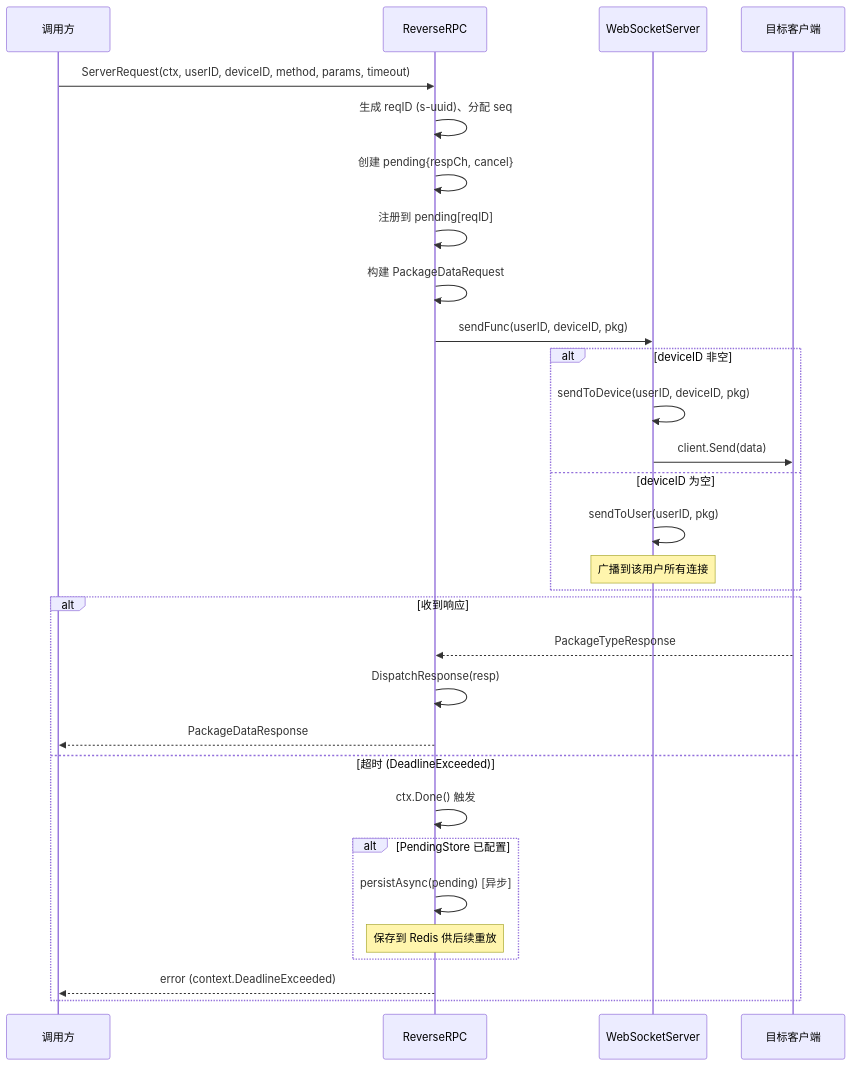
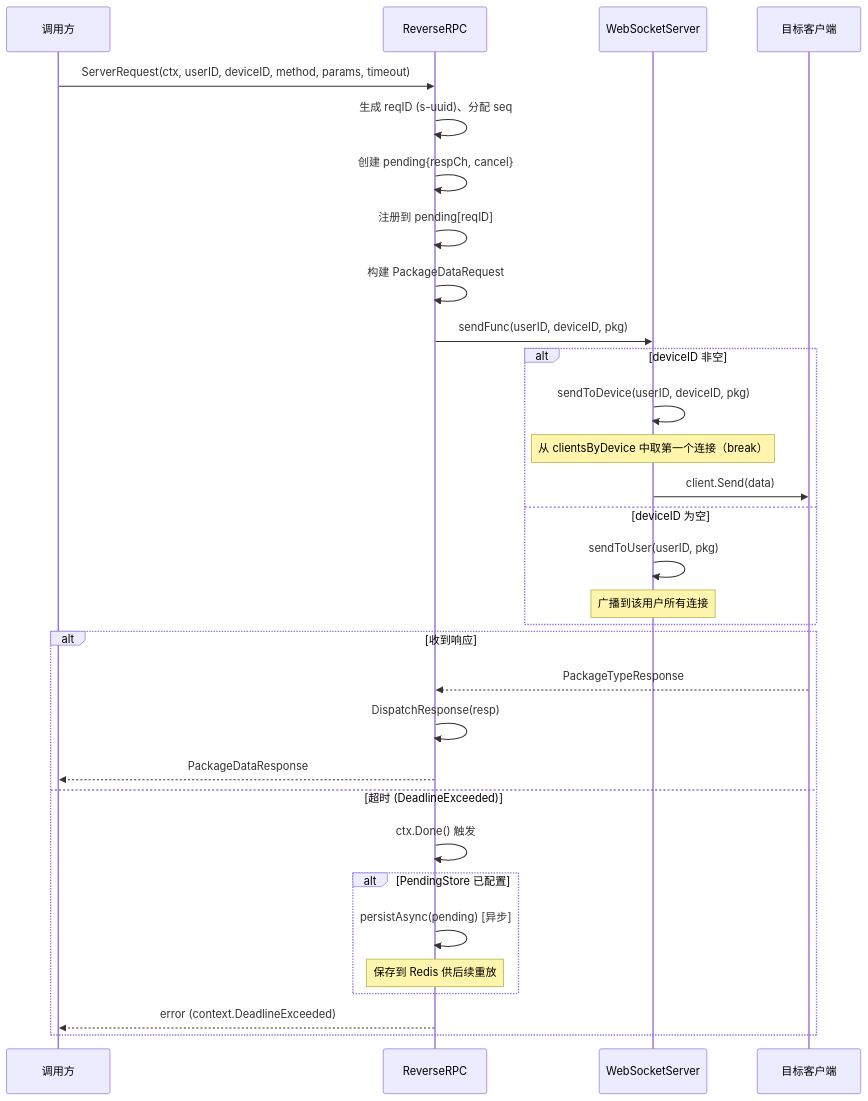
The sixth of 14 diagrams in wiki/flows/websocket-connection.md (PineappleBond/xyncra-server), drawn with Mermaid before and after one commit. The commit also changed other lines of this file and 16 other files, not shown here.

First line of the commit message:
docs(wiki): comprehensive review and fix of all flow documents

````diff
--- a/wiki/flows/websocket-connection.md
+++ b/wiki/flows/websocket-connection.md
@@ -311,36 +341,37 @@
 ```mermaid
 sequenceDiagram
     participant Caller as 调用方
     participant RR as ReverseRPC
     participant WS as WebSocketServer
     participant Client as 目标客户端
 
     Caller->>RR: ServerRequest(ctx, userID, deviceID, method, params, timeout)
     RR->>RR: 生成 reqID (s-uuid)、分配 seq
     RR->>RR: 创建 pending{respCh, cancel}
     RR->>RR: 注册到 pending[reqID]
 
     RR->>RR: 构建 PackageDataRequest
     RR->>WS: sendFunc(userID, deviceID, pkg)
 
     alt deviceID 非空
         WS->>WS: sendToDevice(userID, deviceID, pkg)
+        Note over WS: 从 clientsByDevice 中取第一个连接（break）
         WS->>Client: client.Send(data)
     else deviceID 为空
         WS->>WS: sendToUser(userID, pkg)
         Note over WS: 广播到该用户所有连接
     end
 
     alt 收到响应
         Client-->>RR: PackageTypeResponse
         RR->>RR: DispatchResponse(resp)
         RR-->>Caller: PackageDataResponse
     else 超时 (DeadlineExceeded)
         RR->>RR: ctx.Done() 触发
         alt PendingStore 已配置
             RR->>RR: persistAsync(pending) [异步]
             Note over RR: 保存到 Redis 供后续重放
         end
         RR-->>Caller: error (context.DeadlineExceeded)
     end
 ```
````
